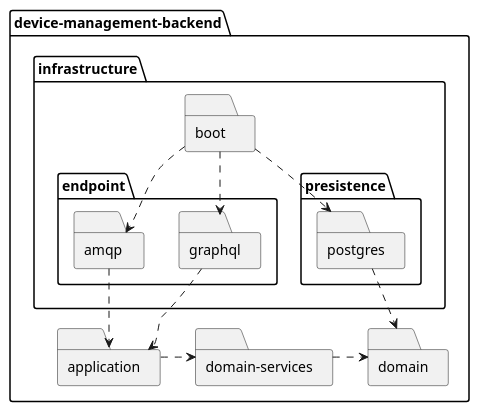
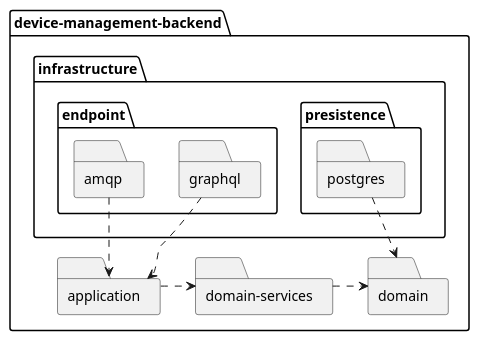
One commit to FilipeMCruz/dissertation changed the diagram in assets/diagrams/design/architectural/level3/development/device-management-backend.pu. Above: the diagram before and after it, drawn with PlantUML. The commit also changed 165 other files, not shown here.

Commit message:
Fixed level 3 of design and some diagrams here and there

```diff
--- a/assets/diagrams/design/architectural/level3/development/device-management-backend.pu
+++ b/assets/diagrams/design/architectural/level3/development/device-management-backend.pu
@@ -1,28 +1,24 @@
 @startuml device-management-backend
 
 folder "device-management-backend" {
     folder "application" as APP
     folder "domain" as DOM
     folder "domain-services" as DOM_SERV
     folder "infrastructure" as INFRA {
-        folder "boot" as BOOT
         folder "presistence" as PERSIST {
             folder "postgres" as POSTG
         }
         folder "endpoint" as ENDPOINT {
             folder "graphql" as GRAPH
             folder "amqp" as AMQP
         }
     }
 
     AMQP ..> APP
     POSTG ..> DOM
     GRAPH ..> APP
     APP .> DOM_SERV
     DOM_SERV .> DOM
-    BOOT ..> GRAPH
-    BOOT ..> POSTG
-    BOOT ..> AMQP
 }
 
 @enduml
```
